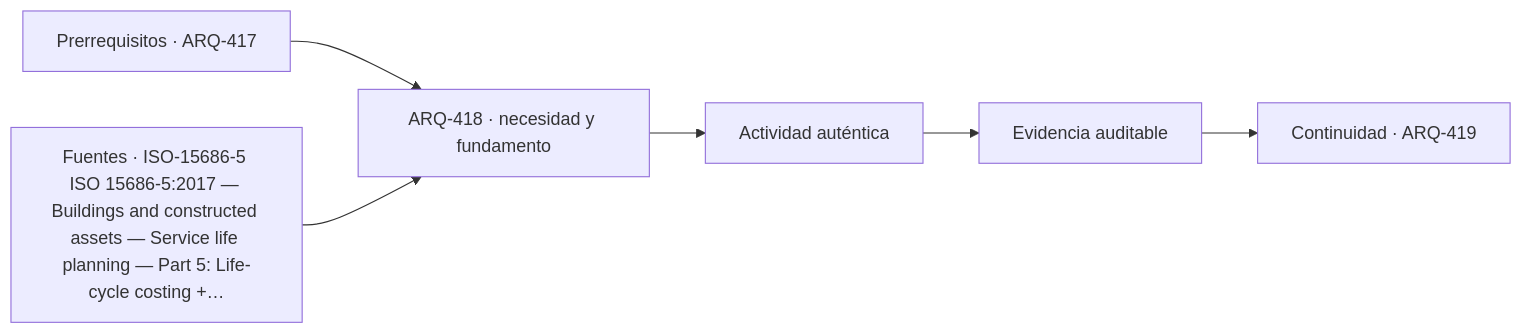
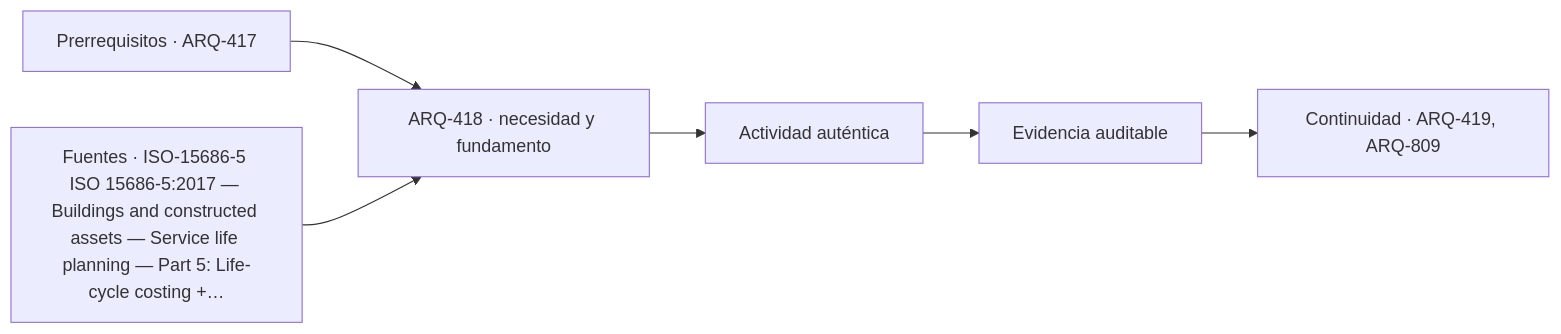
One commit to vladimiracunadev-create/architecture-built-environment-learning-program changed the diagram in classes/parte-42/ARQ-418.md. Above: the diagram before and after it, drawn with Mermaid. The commit also changed other lines of this file and 234 other files, not shown here.

````diff
--- a/classes/parte-42/ARQ-418.md
+++ b/classes/parte-42/ARQ-418.md
@@ -87,8 +87,8 @@
 ```mermaid
 flowchart LR
     A["Prerrequisitos · ARQ-417"] --> B["ARQ-418 · necesidad y fundamento"]
     S["Fuentes · ISO-15686-5 ISO 15686-5:2017 — Buildings and constructed assets — Service life planning — Part 5: Life-cycle costing +…"] --> B
     B --> C["Actividad auténtica"]
     C --> D["Evidencia auditable"]
-    D --> E["Continuidad · ARQ-419"]
+    D --> E["Continuidad · ARQ-419, ARQ-809"]
 ```
````
